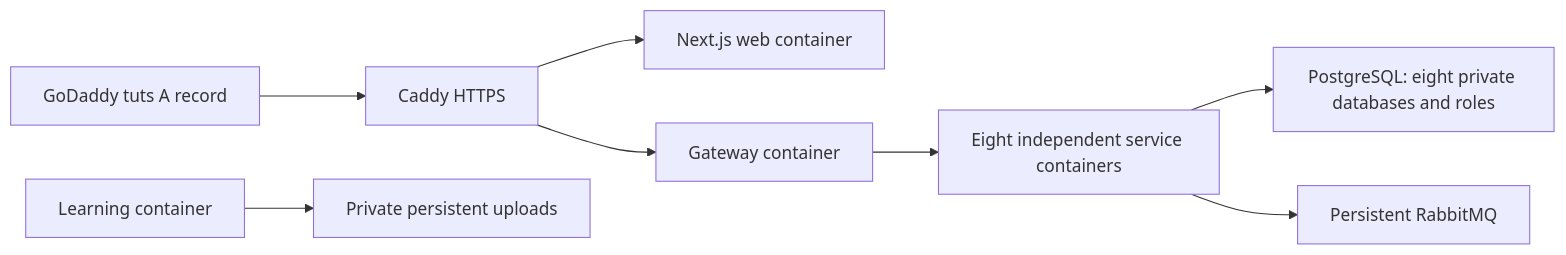
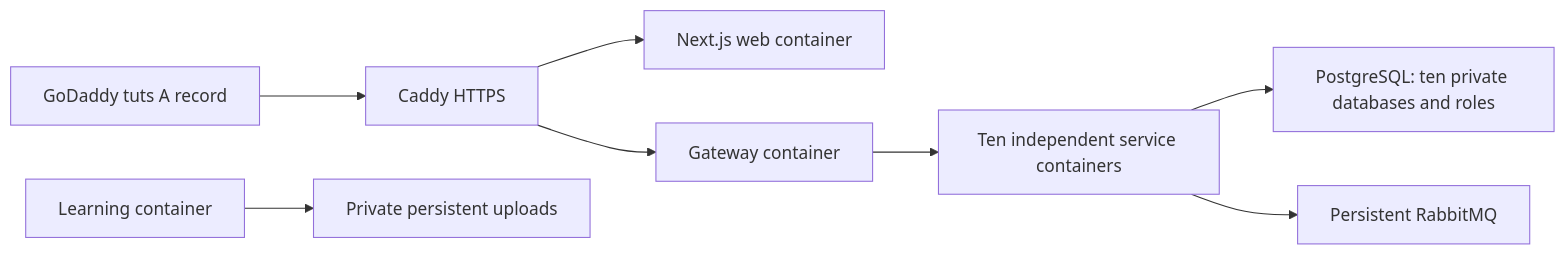
One commit to palladium-omar/tuts changed the diagram in docs/deployment.md. Above: the diagram before and after it, drawn with Mermaid. The commit also changed other lines of this file and 37 other files, not shown here.

Commit message:
Document current Tuts architecture and audit performance and security

````diff
--- a/docs/deployment.md
+++ b/docs/deployment.md
@@ -13,10 +13,10 @@
 ```mermaid
 flowchart LR
   DNS[GoDaddy tuts A record] --> Edge[Caddy HTTPS]
   Edge --> Web[Next.js web container]
   Edge --> Gateway[Gateway container]
-  Gateway --> Services[Eight independent service containers]
-  Services --> DB[PostgreSQL: eight private databases and roles]
+  Gateway --> Services[Ten independent service containers]
+  Services --> DB[PostgreSQL: ten private databases and roles]
   Services --> Broker[Persistent RabbitMQ]
   Learning[Learning container] --> Files[Private persistent uploads]
 ```
````
